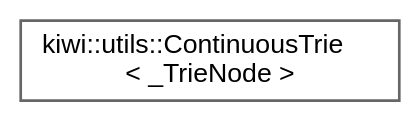
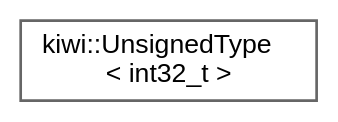
Before and after one commit to bab2min/Kiwi: the diagram in inherit_graph_109.dot, drawn with Graphviz. The commit also changed 150 other files, not shown here.

```diff
--- a/inherit_graph_109.dot
+++ b/inherit_graph_109.dot
@@ -1,9 +1,9 @@
 digraph "Graphical Class Hierarchy"
 {
  // LATEX_PDF_SIZE
   bgcolor="transparent";
   edge [fontname=Helvetica,fontsize=10,labelfontname=Helvetica,labelfontsize=10];
   node [fontname=Helvetica,fontsize=10,shape=box,height=0.2,width=0.4];
   rankdir="LR";
-  Node0 [id="Node000000",label="kiwi::utils::ContinuousTrie\l\< _TrieNode \>",height=0.2,width=0.4,color="grey40", fillcolor="white", style="filled",URL="$classkiwi_1_1utils_1_1ContinuousTrie.html",tooltip=" "];
+  Node0 [id="Node000000",label="kiwi::UnsignedType\l\< int32_t \>",height=0.2,width=0.4,color="grey40", fillcolor="white", style="filled",URL="$structkiwi_1_1UnsignedType_3_01int32__t_01_4.html",tooltip=" "];
 }
```
